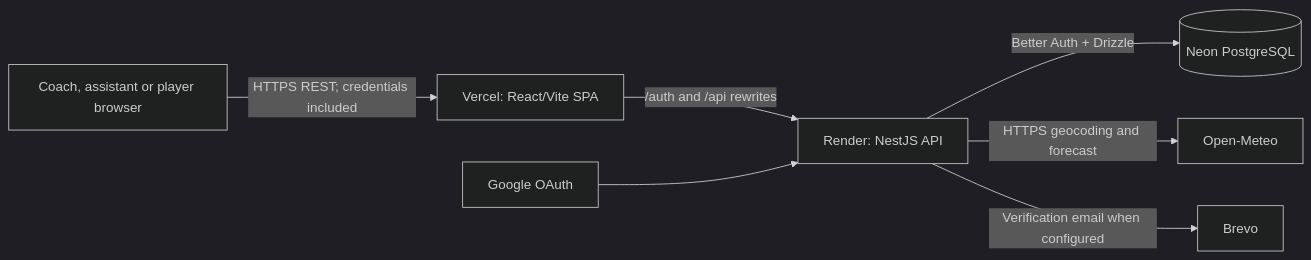
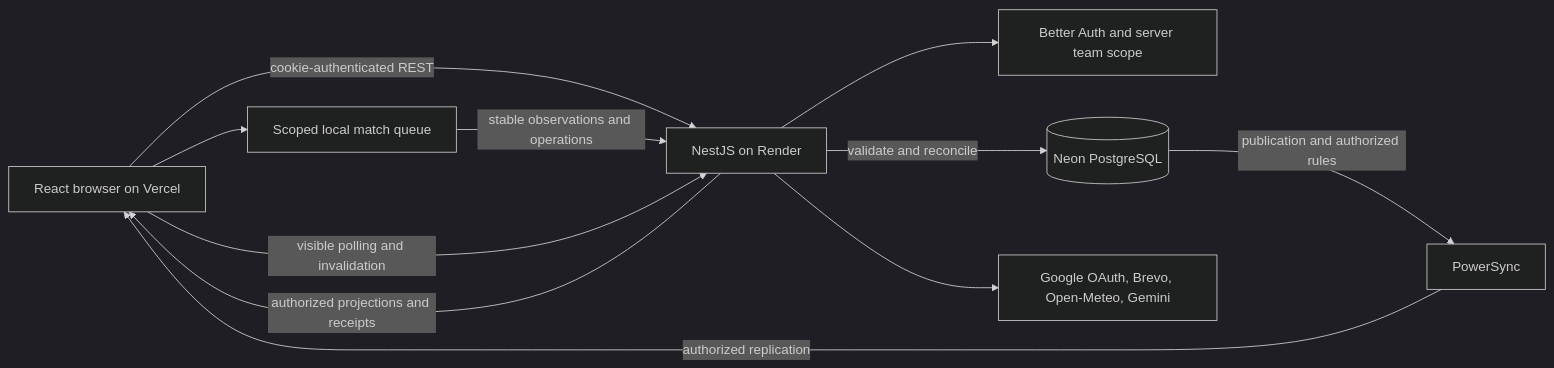
Before and after one commit to nayan-m15/SDP-Project-Documentation: the first of 2 diagrams in docs/Architecture/tech-stack/architecture-overview.md, drawn with Mermaid (dark theme). The commit also changed other lines of this file and 22 other files, not shown here.

First line of the commit message:
Rework architecture docs for current source

````diff
--- a/docs/Architecture/tech-stack/architecture-overview.md
+++ b/docs/Architecture/tech-stack/architecture-overview.md
@@ -7,9 +11,13 @@
 ```mermaid
 flowchart LR
-  U[Coach, assistant or player browser] -->|HTTPS REST; credentials included| V[Vercel: React/Vite SPA]
-  V -->|/auth and /api rewrites| R[Render: NestJS API]
-  R -->|Better Auth + Drizzle| N[(Neon PostgreSQL)]
-  R -->|HTTPS geocoding and forecast| O[Open-Meteo]
-  R -->|Verification email when configured| B[Brevo]
-  G[Google OAuth] --> R
+  UI[React browser on Vercel] --> LOCAL[Scoped local match queue]
+  UI -->|cookie-authenticated REST| API[NestJS on Render]
+  LOCAL -->|stable observations and operations| API
+  API --> AUTH[Better Auth and server team scope]
+  API -->|validate and reconcile| DB[(Neon PostgreSQL)]
+  DB -->|publication and authorized rules| PS[PowerSync]
+  PS -->|authorized replication| UI
+  API -->|authorized projections and receipts| UI
+  UI -->|visible polling and invalidation| API
+  API --> EXT[Google OAuth, Brevo, Open-Meteo, Gemini]
 ```
````
